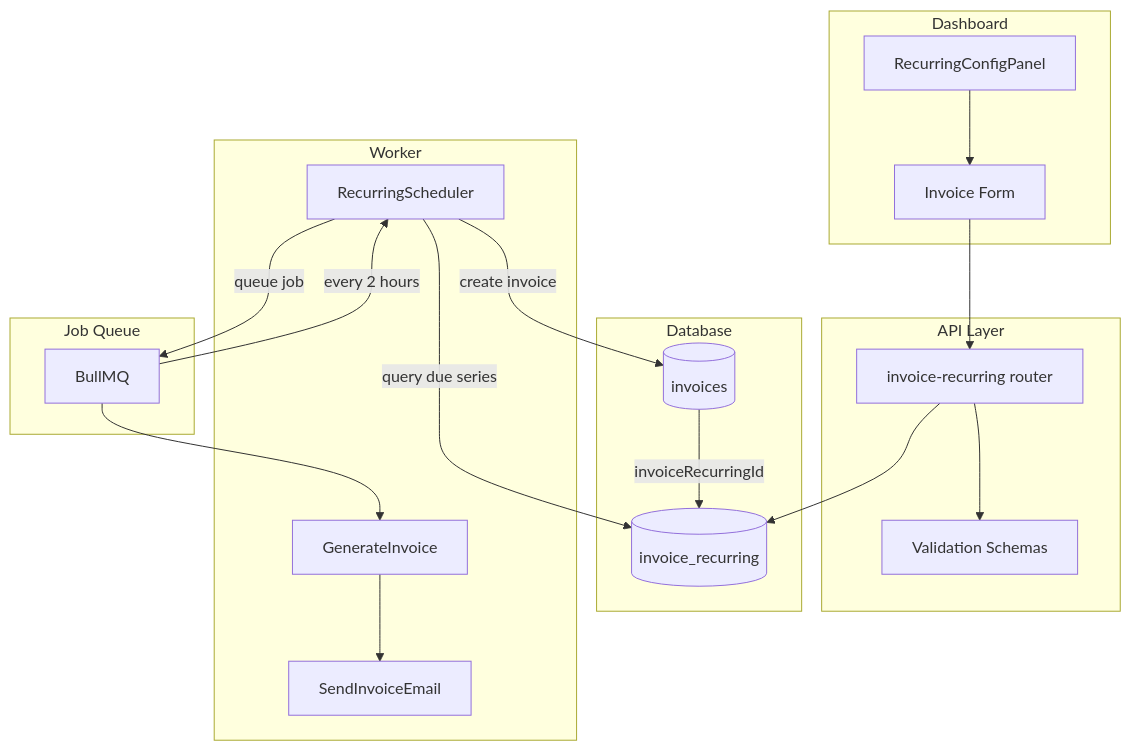
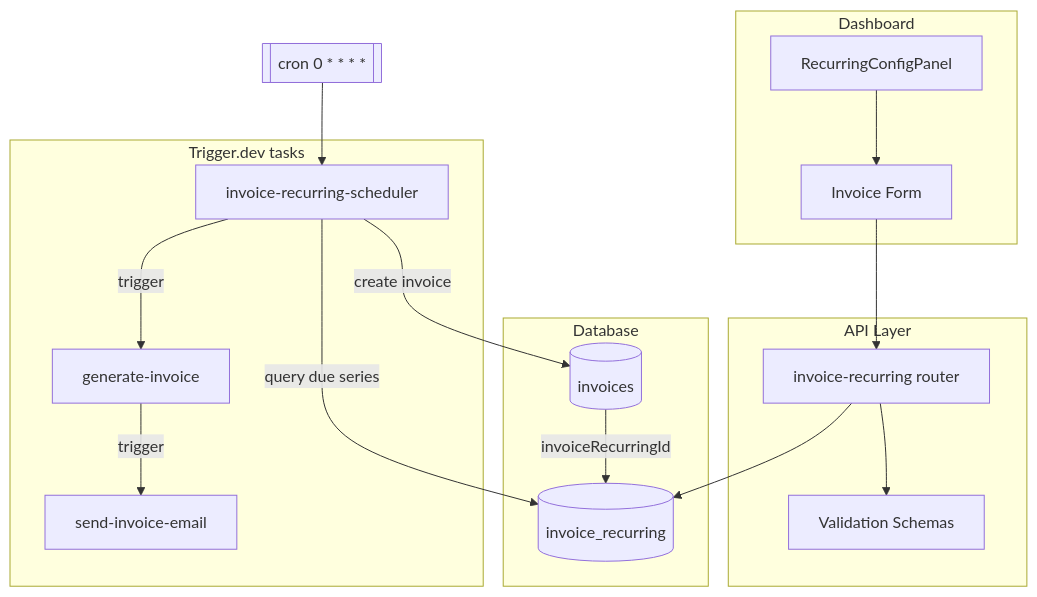
One commit to FredflixBE/midday changed the first of 6 diagrams in docs/invoice-recurring.md. Above: the diagram before and after it, drawn with Mermaid. The commit also changed other lines of this file and 3 other files, not shown here.

````diff
--- a/docs/invoice-recurring.md
+++ b/docs/invoice-recurring.md
@@ -20,41 +15,36 @@
 ```mermaid
 graph TB
     subgraph dashboard [Dashboard]
         UI[RecurringConfigPanel]
         Form[Invoice Form]
     end
     
     subgraph api [API Layer]
         Router[invoice-recurring router]
         Schema[Validation Schemas]
     end
     
     subgraph db [Database]
         RecurringTable[(invoice_recurring)]
         InvoicesTable[(invoices)]
     end
     
-    subgraph worker [Worker]
-        Scheduler[RecurringScheduler]
-        Generator[GenerateInvoice]
-        EmailSender[SendInvoiceEmail]
-    end
-    
-    subgraph queue [Job Queue]
-        BullMQ[BullMQ]
+    subgraph jobs [Trigger.dev tasks]
+        Scheduler[invoice-recurring-scheduler]
+        Generator[generate-invoice]
+        EmailSender[send-invoice-email]
     end
     
     UI --> Form
     Form --> Router
     Router --> Schema
     Router --> RecurringTable
     
-    BullMQ -->|"every 2 hours"| Scheduler
+    Schedule[["cron 0 * * * *"]] --> Scheduler
     Scheduler -->|"query due series"| RecurringTable
     Scheduler -->|"create invoice"| InvoicesTable
-    Scheduler -->|"queue job"| BullMQ
-    BullMQ --> Generator
-    Generator --> EmailSender
+    Scheduler -->|"trigger"| Generator
+    Generator -->|"trigger"| EmailSender
     
     InvoicesTable -->|"invoiceRecurringId"| RecurringTable
 ```
````
